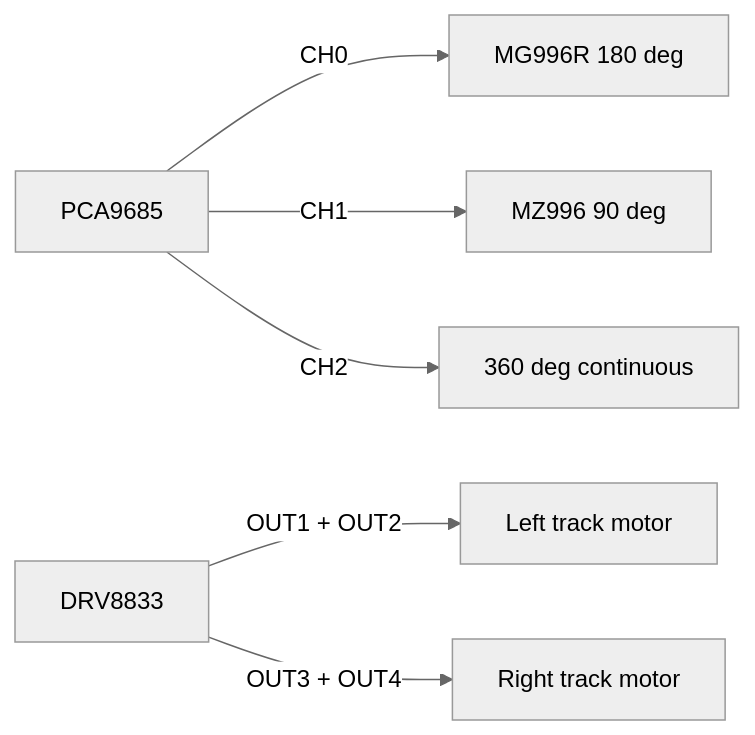
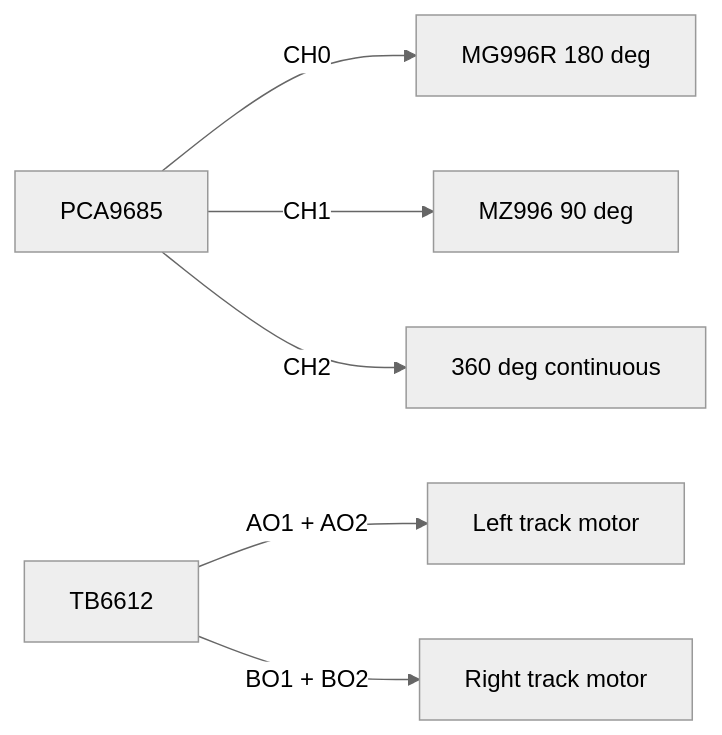
The fourth of 4 diagrams in wiring.md (ms95ir-ctrl/Abadi_Rover), drawn with Mermaid (neutral theme) before and after one commit. The commit also changed other lines of this file and 8 other files, not shown here.

````diff
--- a/wiring.md
+++ b/wiring.md
@@ -126,8 +133,8 @@
 ```mermaid
 flowchart LR
     PCA["PCA9685"] -->|"CH0"| S0["MG996R 180 deg"]
     PCA -->|"CH1"| S1["MZ996 90 deg"]
     PCA -->|"CH2"| S2["360 deg continuous"]
-    DRVout["DRV8833"] -->|"OUT1 + OUT2"| ML["Left track motor"]
-    DRVout -->|"OUT3 + OUT4"| MR["Right track motor"]
+    TBout["TB6612"] -->|"AO1 + AO2"| ML["Left track motor"]
+    TBout -->|"BO1 + BO2"| MR["Right track motor"]
 ```
````
